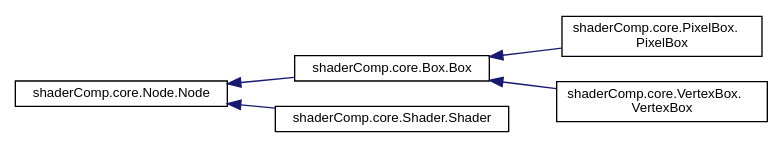
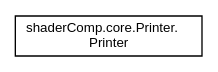
One commit to Hiestaa/ShaderComp changed the diagram in Tutorial/documentation/inherit_graph_4.dot. Above: the diagram before and after it, drawn with Graphviz. The commit also changed 369 other files, not shown here.

```diff
--- a/Tutorial/documentation/inherit_graph_4.dot
+++ b/Tutorial/documentation/inherit_graph_4.dot
@@ -1,15 +1,7 @@
 digraph "Graphical Class Hierarchy"
 {
   edge [fontname="Helvetica",fontsize="10",labelfontname="Helvetica",labelfontsize="10"];
   node [fontname="Helvetica",fontsize="10",shape=record];
   rankdir="LR";
-  Node1 [label="shaderComp.core.Node.Node",height=0.2,width=0.4,color="black", fillcolor="white", style="filled",URL="$classshader_comp_1_1core_1_1_node_1_1_node.html"];
-  Node1 -> Node2 [dir="back",color="midnightblue",fontsize="10",style="solid",fontname="Helvetica"];
-  Node2 [label="shaderComp.core.Box.Box",height=0.2,width=0.4,color="black", fillcolor="white", style="filled",URL="$classshader_comp_1_1core_1_1_box_1_1_box.html"];
-  Node2 -> Node3 [dir="back",color="midnightblue",fontsize="10",style="solid",fontname="Helvetica"];
-  Node3 [label="shaderComp.core.PixelBox.\lPixelBox",height=0.2,width=0.4,color="black", fillcolor="white", style="filled",URL="$classshader_comp_1_1core_1_1_pixel_box_1_1_pixel_box.html"];
-  Node2 -> Node4 [dir="back",color="midnightblue",fontsize="10",style="solid",fontname="Helvetica"];
-  Node4 [label="shaderComp.core.VertexBox.\lVertexBox",height=0.2,width=0.4,color="black", fillcolor="white", style="filled",URL="$classshader_comp_1_1core_1_1_vertex_box_1_1_vertex_box.html"];
-  Node1 -> Node5 [dir="back",color="midnightblue",fontsize="10",style="solid",fontname="Helvetica"];
-  Node5 [label="shaderComp.core.Shader.Shader",height=0.2,width=0.4,color="black", fillcolor="white", style="filled",URL="$classshader_comp_1_1core_1_1_shader_1_1_shader.html"];
+  Node1 [label="shaderComp.core.Printer.\lPrinter",height=0.2,width=0.4,color="black", fillcolor="white", style="filled",URL="$classshader_comp_1_1core_1_1_printer_1_1_printer.html",tooltip="This class is the parent class of all the Printers. "];
 }
```
